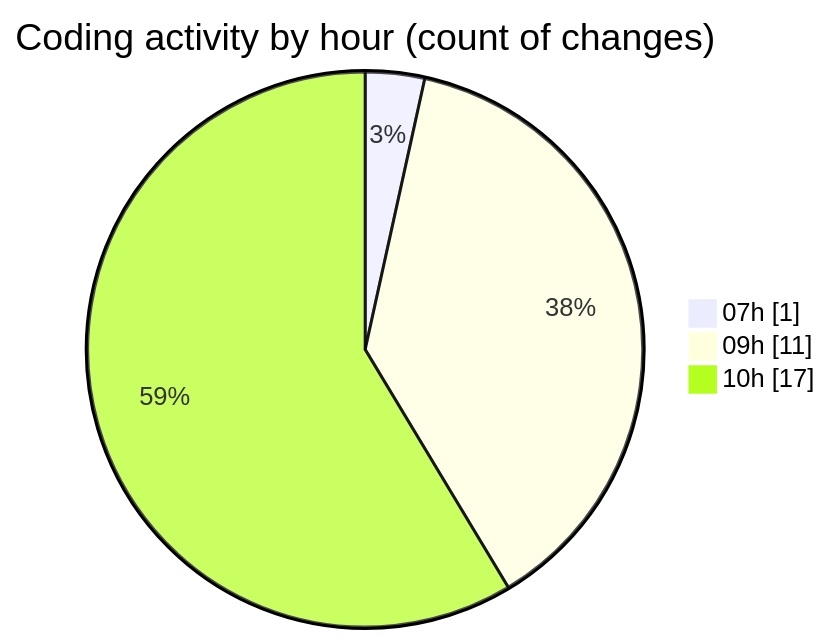
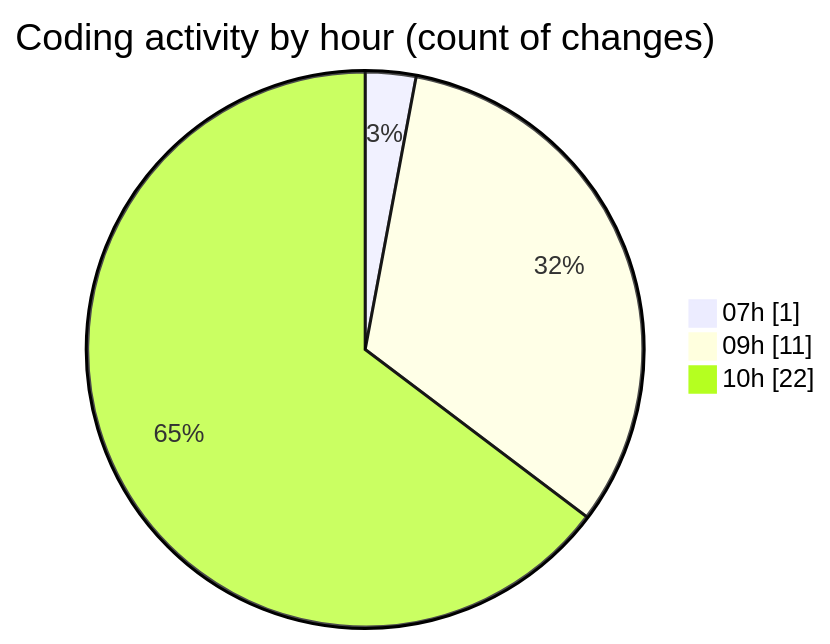
One commit to becaeroporto-bot/code-tracking changed the second of 2 diagrams in 2026-02-17/id_ia/README.md. Above: the diagram before and after it, drawn with Mermaid. The commit also changed other lines of this file and 1 other file, not shown here.

````diff
--- a/2026-02-17/id_ia/README.md
+++ b/2026-02-17/id_ia/README.md
@@ -39,7 +40,7 @@
 ```mermaid
 pie showData
 title Coding activity by hour (count of changes)
 "07h" : 1
 "09h" : 11
-"10h" : 17
+"10h" : 22
 ```
````
